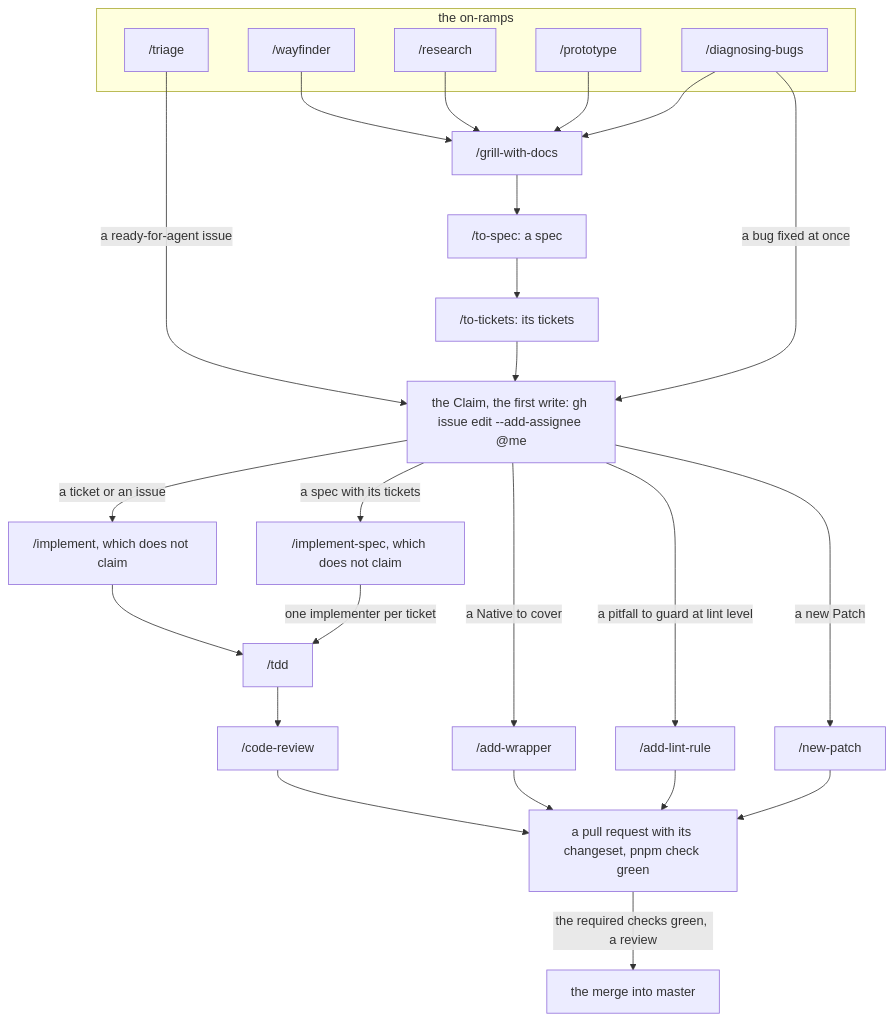
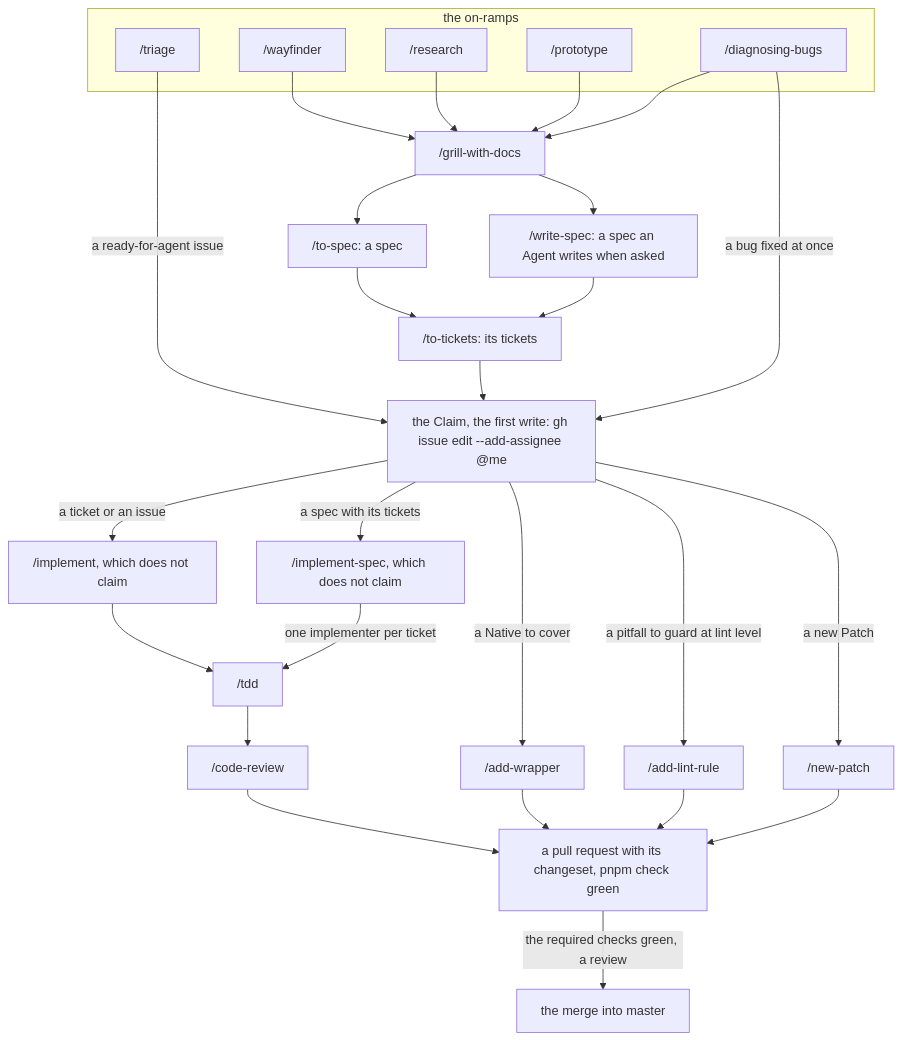
One commit to phmilk/reforged-ts changed the diagram in docs/agents/development-loop.md. Above: the diagram before and after it, drawn with Mermaid. The commit also changed other lines of this file and 120 other files, not shown here.

First line of the commit message:
feat(skills): the Upstream skills in the library, GLOSSARY.md, write-spec and the shadowing warning (#746)

````diff
--- a/docs/agents/development-loop.md
+++ b/docs/agents/development-loop.md
@@ -23,48 +60,51 @@
 ```mermaid
 flowchart TD
   %% diagram: development-loop
   %% covers: skills
   subgraph on_ramps["the on-ramps"]
     triage["/triage"]
     wayfinder["/wayfinder"]
     research["/research"]
     prototype["/prototype"]
     diagnosing_bugs["/diagnosing-bugs"]
   end
   grill_with_docs["/grill-with-docs"]
   to_spec["/to-spec: a spec"]
+  write_spec["/write-spec: a spec an Agent writes when asked"]
   to_tickets["/to-tickets: its tickets"]
   claim["the Claim, the first write: gh issue edit --add-assignee @me"]
   implement["/implement, which does not claim"]
   implement_spec["/implement-spec, which does not claim"]
   tdd["/tdd"]
   code_review["/code-review"]
   add_wrapper["/add-wrapper"]
   add_lint_rule["/add-lint-rule"]
   new_patch["/new-patch"]
   pull_request["a pull request with its changeset, pnpm check green"]
   merge["the merge into master"]
 
   wayfinder --> grill_with_docs
   research --> grill_with_docs
   prototype --> grill_with_docs
   diagnosing_bugs --> grill_with_docs
   triage -->|"a ready-for-agent issue"| claim
   diagnosing_bugs -->|"a bug fixed at once"| claim
   grill_with_docs --> to_spec
+  grill_with_docs --> write_spec
   to_spec --> to_tickets
+  write_spec --> to_tickets
   to_tickets --> claim
   claim -->|"a ticket or an issue"| implement
   claim -->|"a spec with its tickets"| implement_spec
   claim -->|"a Native to cover"| add_wrapper
   claim -->|"a pitfall to guard at lint level"| add_lint_rule
   claim -->|"a new Patch"| new_patch
   implement --> tdd
   implement_spec -->|"one implementer per ticket"| tdd
   tdd --> code_review
   code_review --> pull_request
   add_wrapper --> pull_request
   add_lint_rule --> pull_request
   new_patch --> pull_request
   pull_request -->|"the required checks green, a review"| merge
 ```
````
